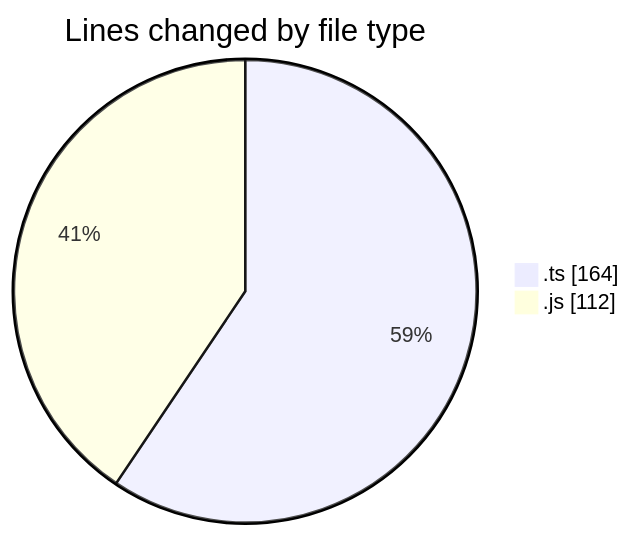
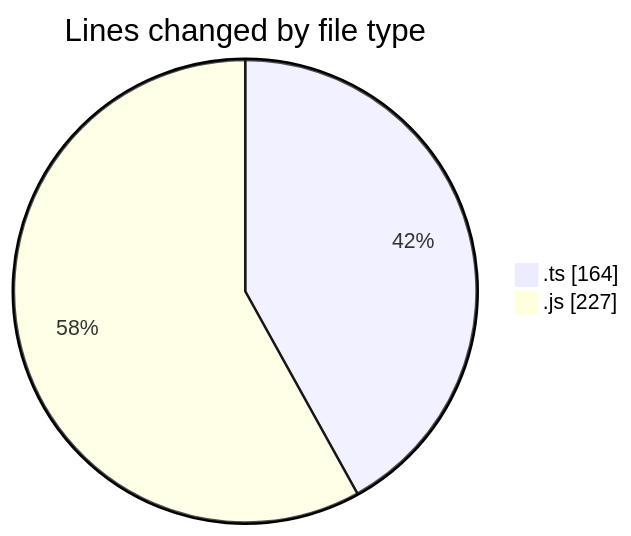
Before and after one commit to momahboobian/code-tracking: the first of 2 diagrams in 2025-03-12/cda/README.md, drawn with Mermaid. The commit also changed other lines of this file and 1 other file, not shown here.

````diff
--- a/2025-03-12/cda/README.md
+++ b/2025-03-12/cda/README.md
@@ -23,6 +24,6 @@
 ```mermaid
 pie showData
 title Lines changed by file type
 ".ts" : 164
-".js" : 112
+".js" : 227
 ```
````
